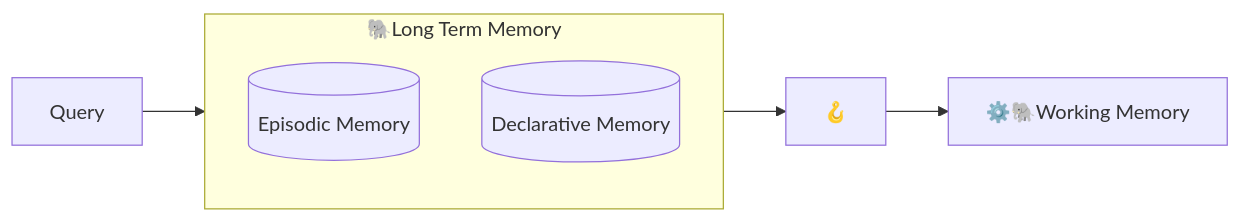
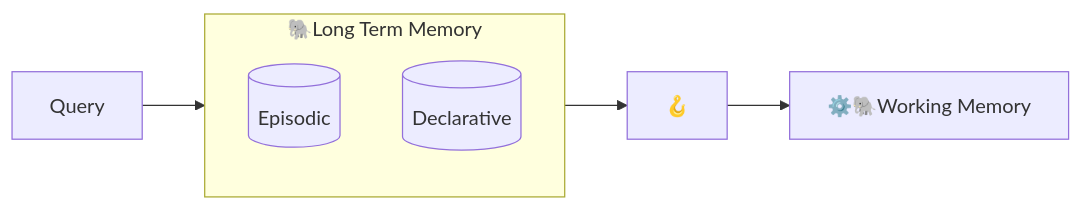
One commit to cheshire-cat-ai/core changed the diagram in mkdocs/conceptual/memory/long_term_memory.md. Above: the diagram before and after it, drawn with Mermaid.

Commit message:
- minor change in `long_term_memory.md`

````diff
--- a/mkdocs/conceptual/memory/long_term_memory.md
+++ b/mkdocs/conceptual/memory/long_term_memory.md
@@ -19,11 +19,11 @@
 ```mermaid
 flowchart LR
     subgraph LTM ["🐘Long Term Memory"]
             direction TB
-            C[(Episodic Memory)];
-            D[(Declarative Memory)];
+            C[(Episodic)];
+            D[(Declarative)];
     end
     A[Query] --> LTM; 
     LTM --> E["🪝"];
     E["🪝"] --> wm["⚙️🐘Working Memory"];
 ```
````
